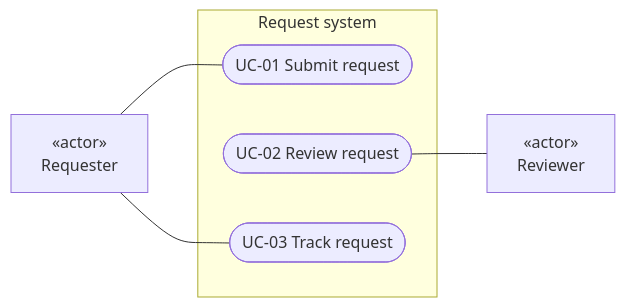
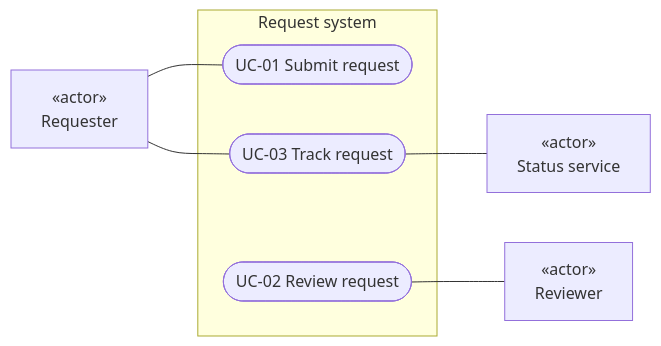
One commit to NhiBuaa/agentic-repo-kit changed the first of 3 diagrams in templates/use-case-modeling.md. Above: the diagram before and after it, drawn with Mermaid. The commit also changed other lines of this file, not shown here.

````diff
--- a/templates/use-case-modeling.md
+++ b/templates/use-case-modeling.md
@@ -74,14 +78,16 @@
 ```mermaid
 %%{init: {"flowchart": {"useMaxWidth": false}}}%%
 flowchart LR
     requester["«actor»<br/>Requester"]
     subgraph system["Request system"]
         UC01(["UC-01 Submit request"])
         UC02(["UC-02 Review request"])
         UC03(["UC-03 Track request"])
     end
     reviewer["«actor»<br/>Reviewer"]
+    statusService["«actor»<br/>Status service"]
     requester --- UC01
     requester --- UC03
     UC02 --- reviewer
+    UC03 --- statusService
 ```
````
